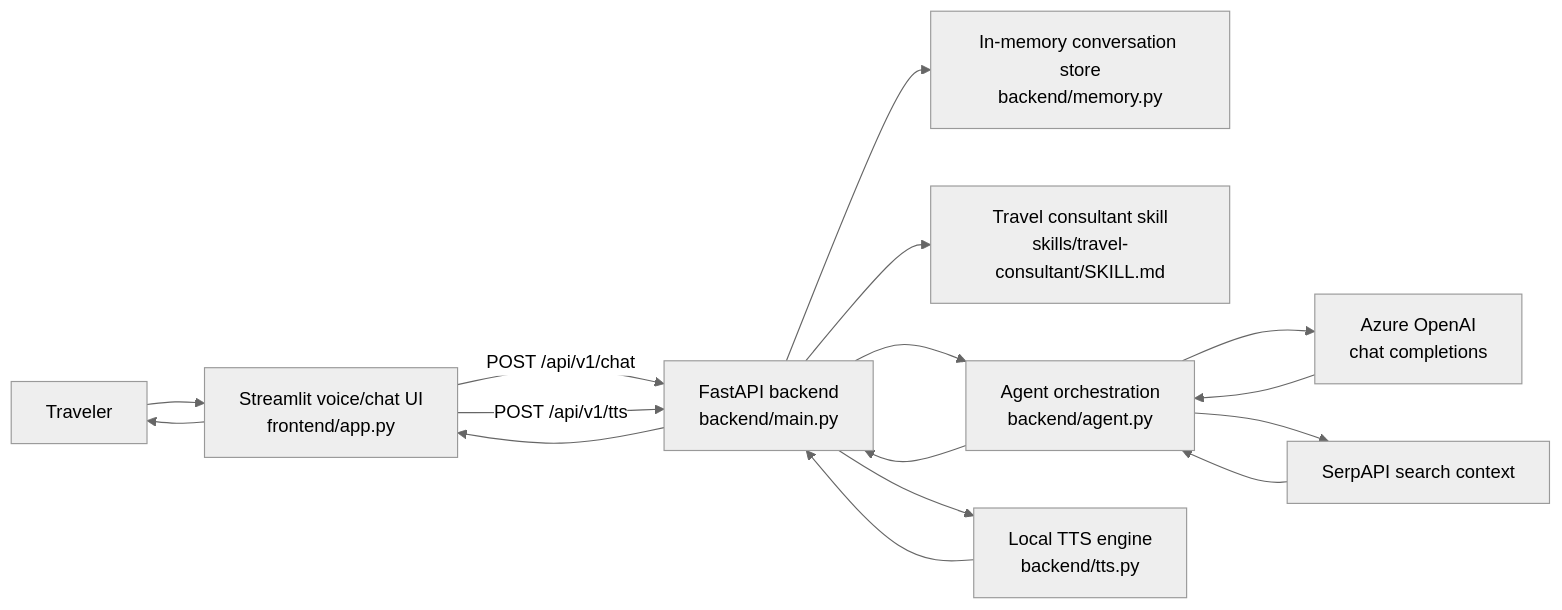
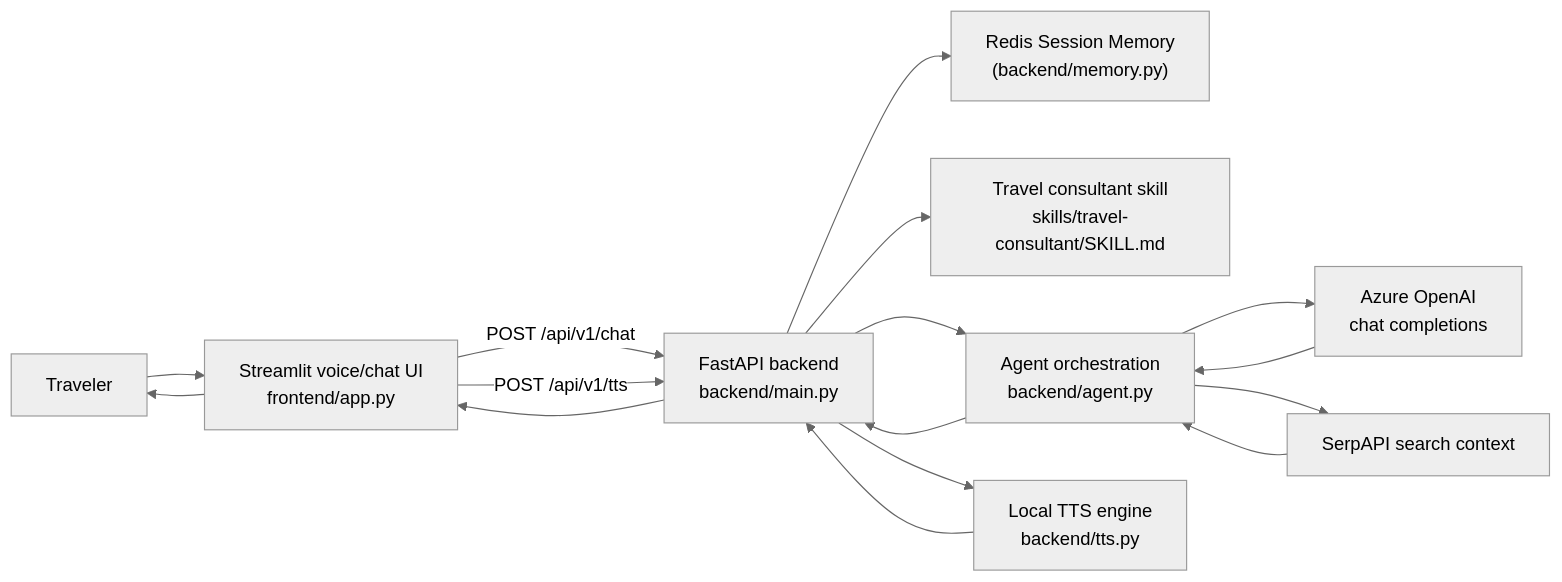
One commit to Trung1234/travel-advisor changed the diagram in README.md. Above: the diagram before and after it, drawn with Mermaid (neutral theme). The commit also changed other lines of this file and 9 other files, not shown here.

````diff
--- a/README.md
+++ b/README.md
@@ -22,18 +22,18 @@
 ```mermaid
 flowchart LR
     User[Traveler] --> UI[Streamlit voice/chat UI<br/>frontend/app.py]
     UI -->|POST /api/v1/chat| API[FastAPI backend<br/>backend/main.py]
     UI -->|POST /api/v1/tts| API
-    API --> Memory[In-memory conversation store<br/>backend/memory.py]
+    API --> Memory["Redis Session Memory<br/>(backend/memory.py)"]
     API --> Skill[Travel consultant skill<br/>skills/travel-consultant/SKILL.md]
     API --> Agent[Agent orchestration<br/>backend/agent.py]
     API --> TTS[Local TTS engine<br/>backend/tts.py]
     Agent --> Provider[Azure OpenAI<br/>chat completions]
     Agent --> SerpAPI[SerpAPI search context]
     Provider --> Agent
     SerpAPI --> Agent
     Agent --> API
     TTS --> API
     API --> UI
     UI --> User
 ```
````
